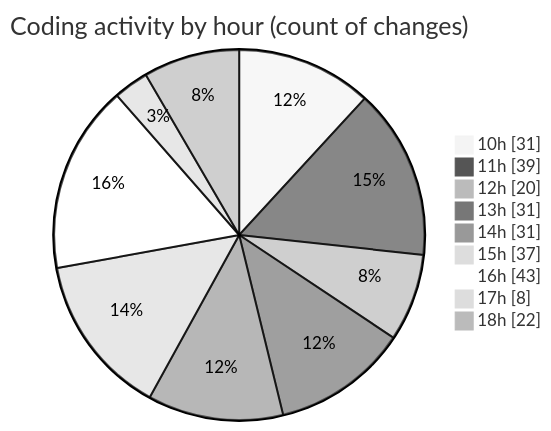
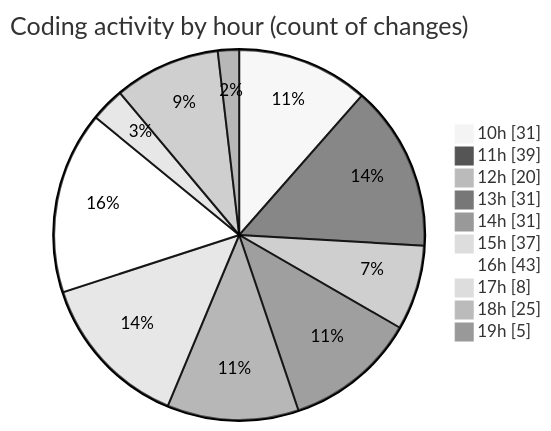
Before and after one commit to momahboobian/code-tracking: the second of 2 diagrams in 2026-03-25/cda/README.md, drawn with Mermaid (neutral theme). The commit also changed other lines of this file and 1 other file, not shown here.

````diff
--- a/2026-03-25/cda/README.md
+++ b/2026-03-25/cda/README.md
@@ -41,13 +41,14 @@
 ```mermaid
 pie showData
 title Coding activity by hour (count of changes)
 "10h" : 31
 "11h" : 39
 "12h" : 20
 "13h" : 31
 "14h" : 31
 "15h" : 37
 "16h" : 43
 "17h" : 8
-"18h" : 22
+"18h" : 25
+"19h" : 5
 ```
````
